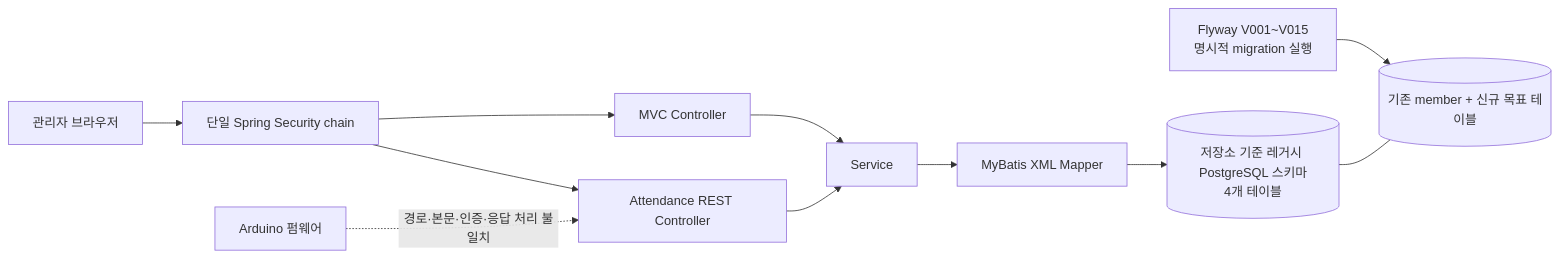
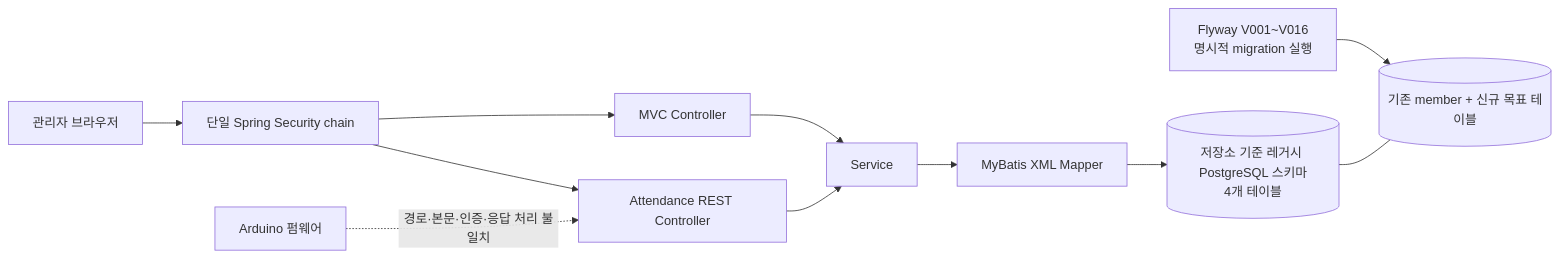
One commit to jinhokingofworld/attend changed the first of 6 diagrams in docs/ARCHITECTURE.md. Above: the diagram before and after it, drawn with Mermaid. The commit also changed other lines of this file and 38 other files, not shown here.

````diff
--- a/docs/ARCHITECTURE.md
+++ b/docs/ARCHITECTURE.md
@@ -121,13 +121,13 @@
 ```mermaid
 flowchart LR
     B["관리자 브라우저"] --> SC["단일 Spring Security chain"]
     SC --> MVC["MVC Controller"]
     SC --> API["Attendance REST Controller"]
     MVC --> S["Service"]
     API --> S
     S --> M["MyBatis XML Mapper"]
     M --> LDB[("저장소 기준 레거시 PostgreSQL 스키마<br>4개 테이블")]
-    FLY["Flyway V001~V015<br>명시적 migration 실행"] --> TDB[("기존 member + 신규 목표 테이블")]
+    FLY["Flyway V001~V016<br>명시적 migration 실행"] --> TDB[("기존 member + 신규 목표 테이블")]
     LDB --- TDB
     NFC["Arduino 펌웨어"] -. "경로·본문·인증·응답 처리 불일치" .-> API
 ```
````
